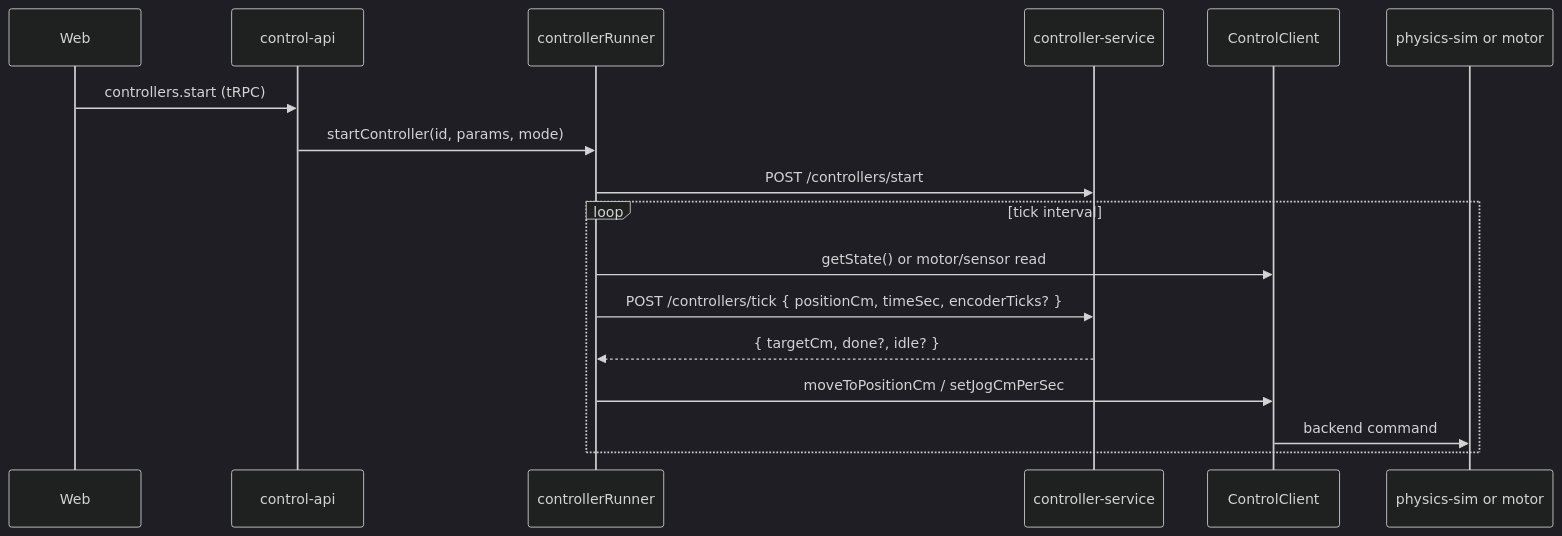
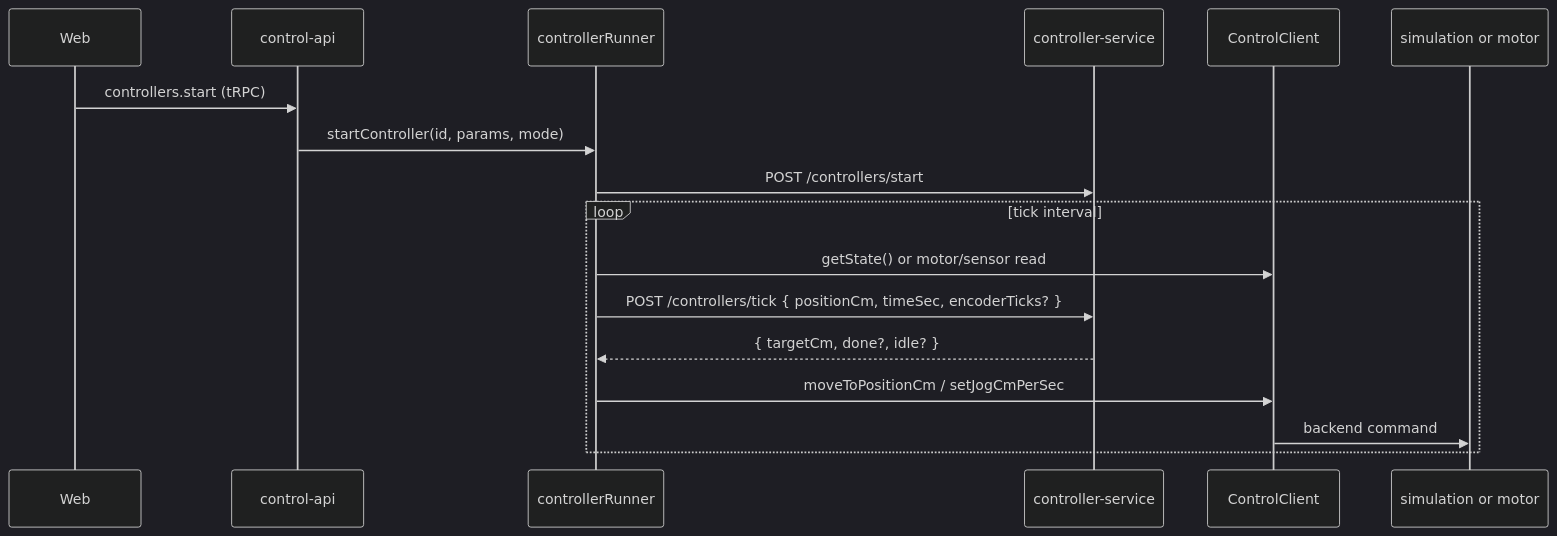
Before and after one commit to SamuelC54/real-pendulum-2: the fourth of 5 diagrams in docs/control-client-architecture.md, drawn with Mermaid (dark theme). The commit also changed other lines of this file and 111 other files, not shown here.

First line of the commit message:
Rename apps to simulation and physical motor/sensor services.

````diff
--- a/docs/control-client-architecture.md
+++ b/docs/control-client-architecture.md
@@ -351,20 +351,20 @@
 ```mermaid
 sequenceDiagram
   participant Web as Web
   participant API as control-api
   participant CR as controllerRunner
   participant CS as controller-service
   participant CC as ControlClient
-  participant Plant as physics-sim or motor
+  participant Plant as simulation or motor
 
   Web->>API: controllers.start (tRPC)
   API->>CR: startController(id, params, mode)
   CR->>CS: POST /controllers/start
   loop tick interval
     CR->>CC: getState() or motor/sensor read
     CR->>CS: POST /controllers/tick { positionCm, timeSec, encoderTicks? }
     CS-->>CR: { targetCm, done?, idle? }
     CR->>CC: moveToPositionCm / setJogCmPerSec
     CC->>Plant: backend command
   end
 ```
````
